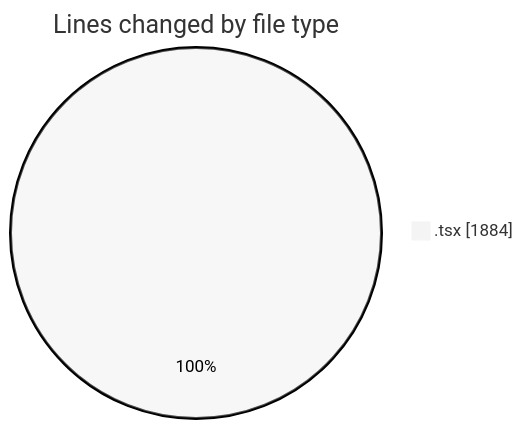
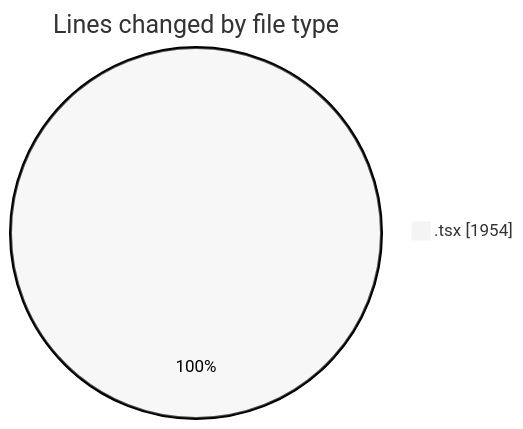
The first of 2 diagrams in 2026-03-22/nxtqube_webapp/README.md (nxtqubesakshisongat/code-tracking), drawn with Mermaid (neutral theme) before and after one commit. The commit also changed other lines of this file and 1 other file, not shown here.

````diff
--- a/2026-03-22/nxtqube_webapp/README.md
+++ b/2026-03-22/nxtqube_webapp/README.md
@@ -22,5 +22,5 @@
 ```mermaid
 pie showData
 title Lines changed by file type
-".tsx" : 1884
+".tsx" : 1954
 ```
````
